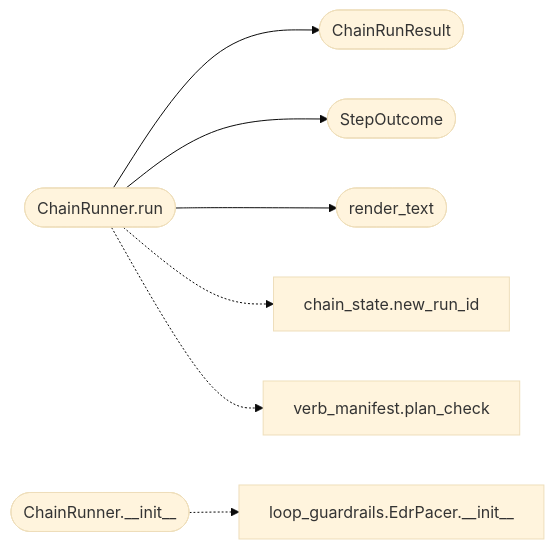
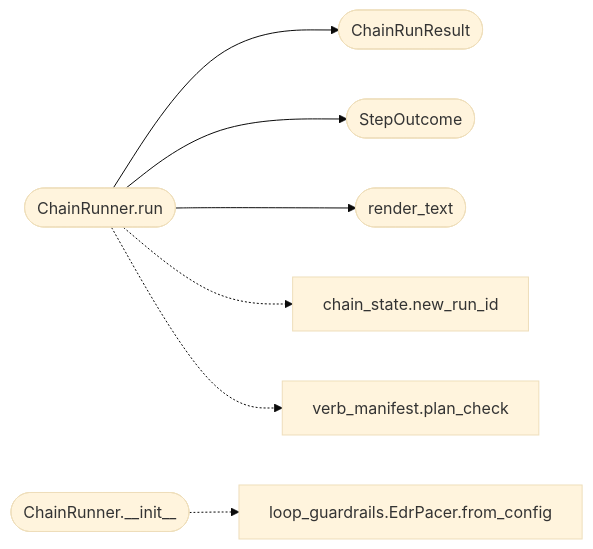
One commit to grisuno/LazyOwn changed the second of 2 diagrams in readmenator-apidocs/modules/modules.chain_runner.py.md. Above: the diagram before and after it, drawn with Mermaid (base theme). The commit also changed other lines of this file and 496 other files, not shown here.

````diff
--- a/readmenator-apidocs/modules/modules.chain_runner.py.md
+++ b/readmenator-apidocs/modules/modules.chain_runner.py.md
@@ -87,17 +88,17 @@
 ```mermaid
 flowchart LR
     n_modules_chain_runner_py__ChainRunner_run(["ChainRunner.run"])
     n_modules_chain_runner_py__ChainRunResult(["ChainRunResult"])
     n_modules_chain_runner_py__StepOutcome(["StepOutcome"])
     n_modules_chain_runner_py__render_text(["render_text"])
     n_modules_chain_runner_py__ChainRunner___init__(["ChainRunner.__init__"])
-    n_modules_loop_guardrails_py__EdrPacer___init__["loop_guardrails.EdrPacer.__init__"]
+    n_modules_loop_guardrails_py__EdrPacer_from_config["loop_guardrails.EdrPacer.from_config"]
     n_modules_chain_state_py__new_run_id["chain_state.new_run_id"]
     n_modules_verb_manifest_py__plan_check["verb_manifest.plan_check"]
     n_modules_chain_runner_py__ChainRunner_run --> n_modules_chain_runner_py__ChainRunResult
     n_modules_chain_runner_py__ChainRunner_run --> n_modules_chain_runner_py__StepOutcome
     n_modules_chain_runner_py__ChainRunner_run --> n_modules_chain_runner_py__render_text
-    n_modules_chain_runner_py__ChainRunner___init__ -.-> n_modules_loop_guardrails_py__EdrPacer___init__
+    n_modules_chain_runner_py__ChainRunner___init__ -.-> n_modules_loop_guardrails_py__EdrPacer_from_config
     n_modules_chain_runner_py__ChainRunner_run -.-> n_modules_chain_state_py__new_run_id
     n_modules_chain_runner_py__ChainRunner_run -.-> n_modules_verb_manifest_py__plan_check
 ```
````
